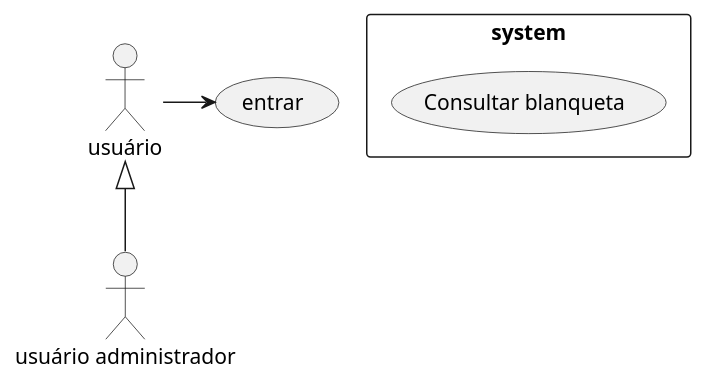
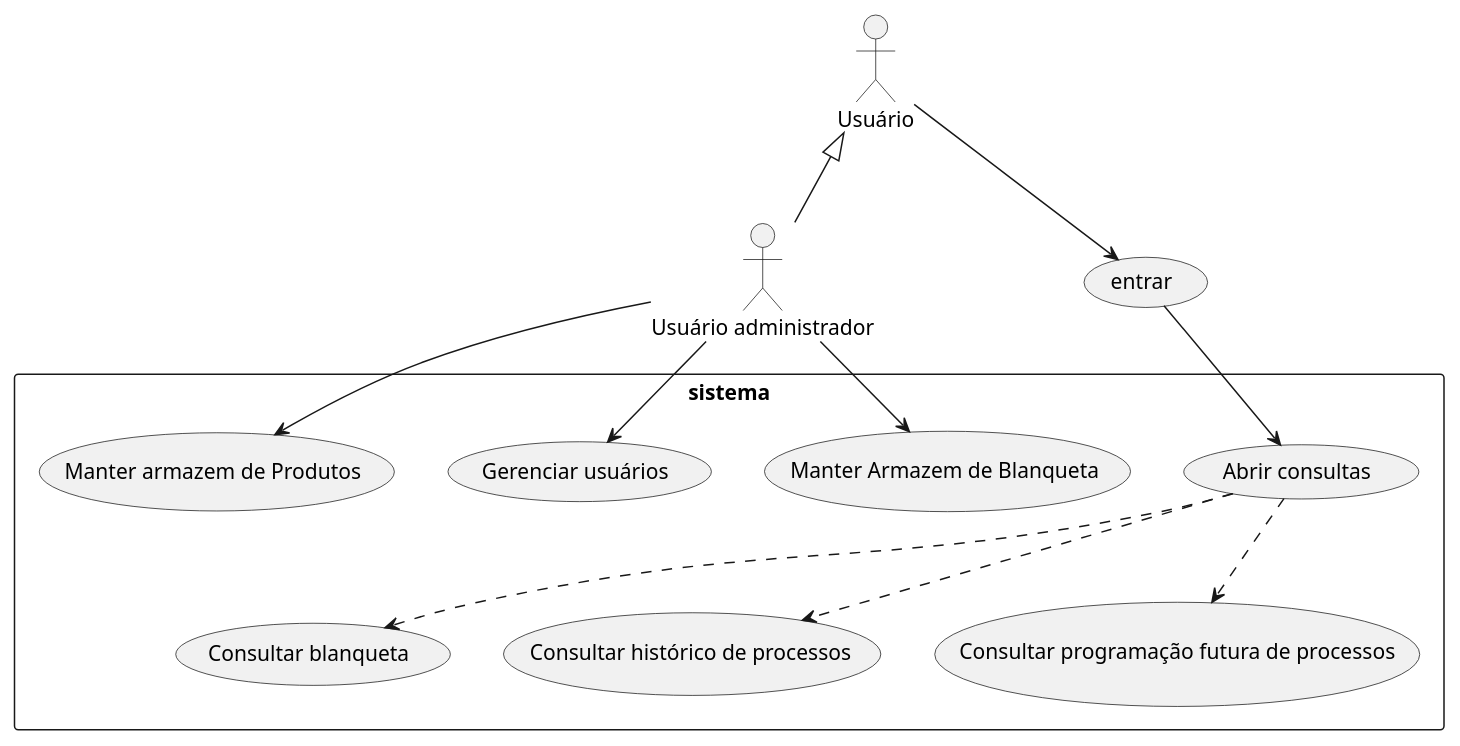
Before and after one commit to SoImRayh/AllController: the diagram in Diagramas/CasosDeUso.wsd, drawn with PlantUML. The commit also changed 2 other files, not shown here.

```diff
--- a/Diagramas/CasosDeUso.wsd
+++ b/Diagramas/CasosDeUso.wsd
@@ -1,11 +1,25 @@
 @startuml
-    :usuário:
-    :usuário administrador: as admin
+:Usuário:
+:Usuário administrador: as admin
 
-    usecase (entrar) as UC1
-    rectangle system{
+usecase (entrar) as UC1
+rectangle sistema{
     usecase (Consultar blanqueta) as UC2
-    }
-    admin -up-|> usuário
-    usuário -right-> UC1
+    usecase (Manter Armazem de Blanqueta) as UC3
+    usecase (Abrir consultas) as UC8
+    usecase (Consultar histórico de processos) as UC4
+    usecase (Consultar programação futura de processos) as UC7
+    usecase (Manter armazem de Produtos) as UC5
+    usecase (Gerenciar usuários) as UC6
+}
+
+admin -up-|> Usuário
+Usuário --> UC1
+UC1 --> UC8
+UC8 ..>UC4
+UC8 ..>UC2
+UC8 ..>UC7
+admin --> UC3
+admin --> UC5
+admin --> UC6
 @enduml
```
